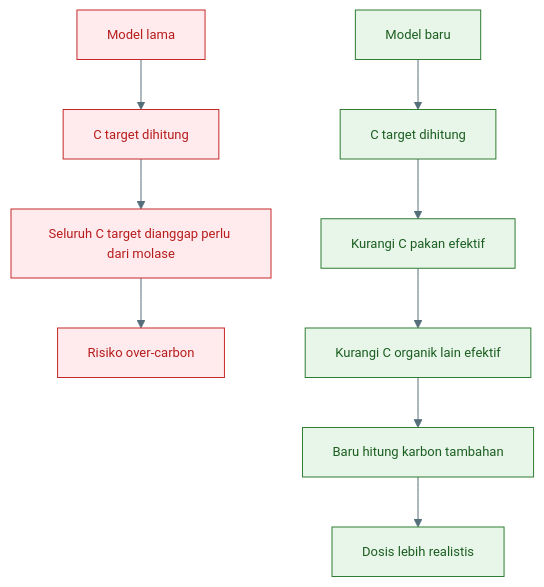
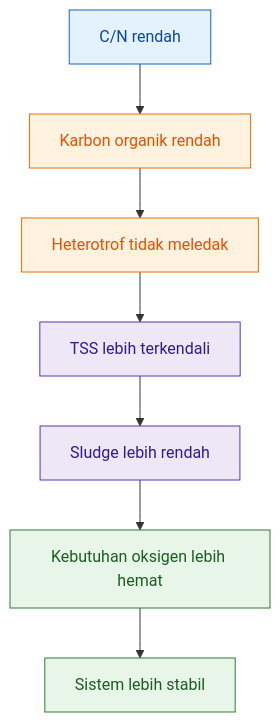
Before and after one commit to slametsampon/kawruhnology: the ninth of 22 diagrams in content/blog/agri/perikanan/ratio-cn-rendah-biflok.mdx, drawn with Mermaid. The commit also changed other lines of this file, not shown here.

Commit message:
update ratio-cn-rendah

````diff
--- a/content/blog/agri/perikanan/ratio-cn-rendah-biflok.mdx
+++ b/content/blog/agri/perikanan/ratio-cn-rendah-biflok.mdx
@@ -1967,32 +1348,19 @@
-```mermaid id="koreksi-model-karbon-cn"
-%%{init: {'theme':'base','themeVariables':{
-'primaryColor':'#E3F2FD',
-'primaryTextColor':'#0D47A1',
-'primaryBorderColor':'#1565C0',
-'secondaryColor':'#E8F5E9',
-'secondaryTextColor':'#1B5E20',
-'secondaryBorderColor':'#2E7D32',
-'tertiaryColor':'#FFF3E0',
-'tertiaryTextColor':'#E65100',
-'tertiaryBorderColor':'#EF6C00',
-'lineColor':'#546E7A',
-'fontSize':'13px'
-}}}%%
+```mermaid id="rhh76o"
 flowchart TD
-    A["Model lama"] --> B["C target dihitung"]
-    B --> C["Seluruh C target dianggap perlu dari molase"]
-    C --> D["Risiko over-carbon"]
+    A["C/N rendah"] --> B["Karbon organik rendah"]
+    B --> C["Heterotrof tidak meledak"]
+    C --> D["TSS lebih terkendali"]
+    D --> E["Sludge lebih rendah"]
+    E --> F["Kebutuhan oksigen lebih hemat"]
+    F --> G["Sistem lebih stabil"]
 
-    E["Model baru"] --> F["C target dihitung"]
-    F --> G["Kurangi C pakan efektif"]
-    G --> H["Kurangi C organik lain efektif"]
-    H --> I["Baru hitung karbon tambahan"]
-    I --> J["Dosis lebih realistis"]
+    classDef start fill:#e3f2fd,stroke:#1565c0,color:#0d47a1;
+    classDef carbon fill:#fff3e0,stroke:#ef6c00,color:#e65100;
+    classDef solid fill:#ede7f6,stroke:#5e35b1,color:#311b92;
+    classDef oxygen fill:#e8f5e9,stroke:#2e7d32,color:#1b5e20;
 
-    classDef lama fill:#FFEBEE,stroke:#C62828,color:#B71C1C;
-    classDef baru fill:#E8F5E9,stroke:#2E7D32,color:#1B5E20;
-    classDef netral fill:#E3F2FD,stroke:#1565C0,color:#0D47A1;
-
-    class A,B,C,D lama;
-    class E,F,G,H,I,J baru;
+    class A start;
+    class B,C carbon;
+    class D,E solid;
+    class F,G oxygen;
 ```
````
